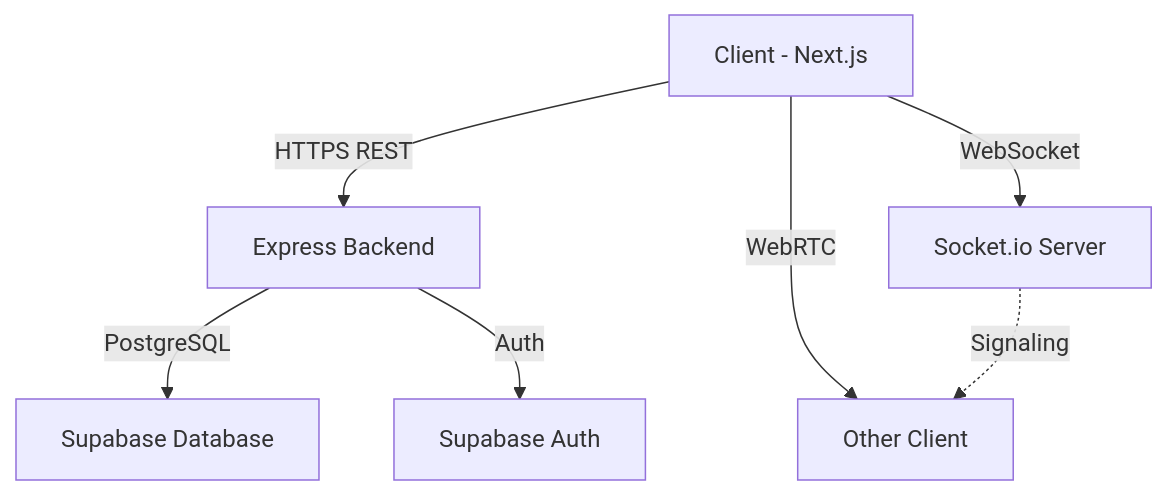
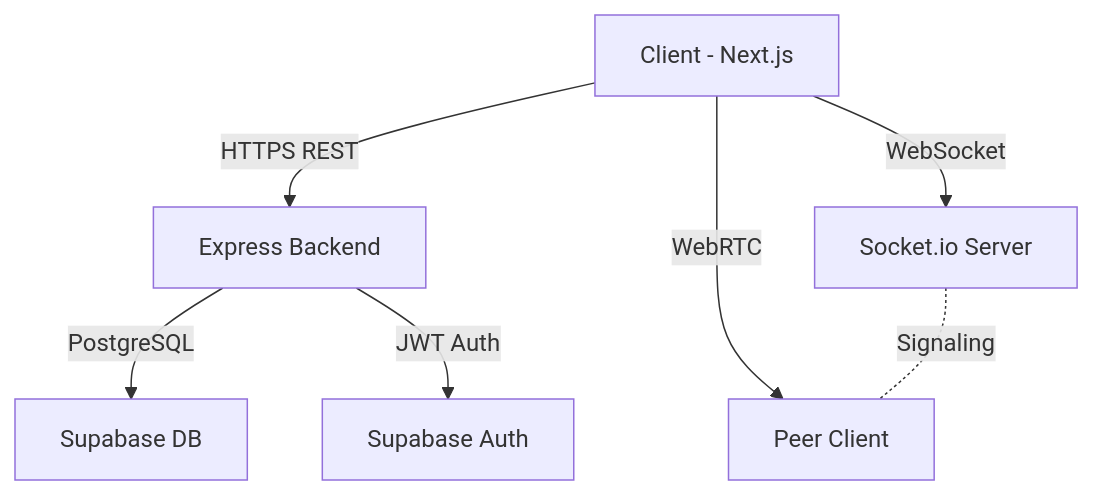
The diagram in README.md (Anil2995/mentorship-platform), drawn with Mermaid before and after one commit. The commit also changed other lines of this file and 34 other files, not shown here.

````diff
--- a/README.md
+++ b/README.md
@@ -13,9 +47,9 @@
 ```mermaid
-graph TD;
-    A[Client - Next.js] -->|HTTPS REST| B[Express Backend];
-    A -->|WebSocket| C[Socket.io Server];
-    A -->|WebRTC| A2[Other Client];
-    B -->|PostgreSQL| D[Supabase Database];
-    B -->|Auth| E[Supabase Auth];
-    C -.->|Signaling| A2;
+graph TD
+  A[Client - Next.js] -->|HTTPS REST| B[Express Backend]
+  A -->|WebSocket| C[Socket.io Server]
+  A -->|WebRTC| A2[Peer Client]
+  B -->|PostgreSQL| D[Supabase DB]
+  B -->|JWT Auth| E[Supabase Auth]
+  C -.- |Signaling| A2
 ```
````
